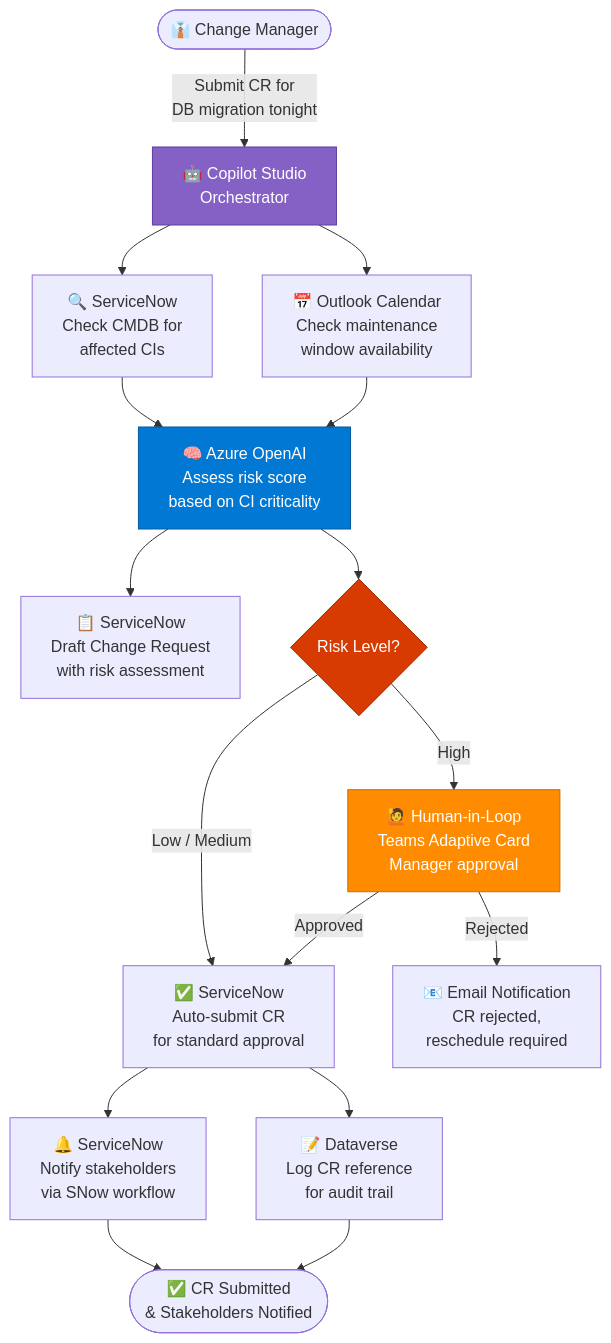
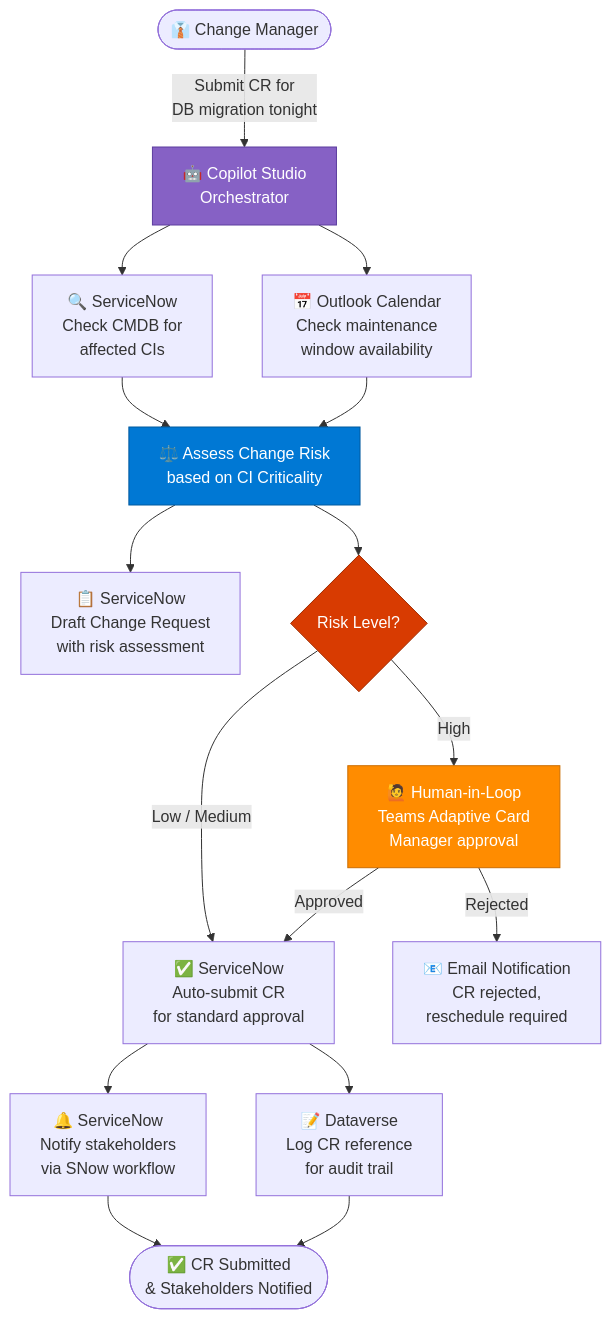
One commit to microsoft/ai-agent-runbooks changed the fifth of 8 diagrams in 02-patterns/Agentic Workflow Orchestration.md. Above: the diagram before and after it, drawn with Mermaid. The commit also changed other lines of this file, not shown here.

````diff
--- a/02-patterns/Agentic Workflow Orchestration.md
+++ b/02-patterns/Agentic Workflow Orchestration.md
@@ -388,30 +388,30 @@
 ```mermaid
 flowchart TD
     CM([👔 Change Manager]) -->|"Submit CR for\nDB migration tonight"| ORC[🤖 Copilot Studio\nOrchestrator]
 
     ORC --> SN1[🔍 ServiceNow\nCheck CMDB for\naffected CIs]
     ORC --> CAL[📅 Outlook Calendar\nCheck maintenance\nwindow availability]
 
-    SN1 --> RISK[🧠 Azure OpenAI\nAssess risk score\nbased on CI criticality]
+    SN1 --> RISK[⚖️ Assess Change Risk\nbased on CI Criticality]
     CAL --> RISK
 
     RISK --> SN2[📋 ServiceNow\nDraft Change Request\nwith risk assessment]
     RISK --> APPR{Risk Level?}
 
     APPR -->|Low / Medium| SN3[✅ ServiceNow\nAuto-submit CR\nfor standard approval]
     APPR -->|High| HITL[🙋 Human-in-Loop\nTeams Adaptive Card\nManager approval]
 
     HITL -->|Approved| SN3
     HITL -->|Rejected| NOTIFY[📧 Email Notification\nCR rejected,\nreschedule required]
 
     SN3 --> SN4[🔔 ServiceNow\nNotify stakeholders\nvia SNow workflow]
     SN3 --> LOG[📝 Dataverse\nLog CR reference\nfor audit trail]
 
     SN4 --> DONE([✅ CR Submitted\n& Stakeholders Notified])
     LOG --> DONE
 
     style ORC fill:#8661c5,color:#fff,stroke:#5c3d9e
     style RISK fill:#0078d4,color:#fff,stroke:#005a9e
     style APPR fill:#d83b01,color:#fff,stroke:#a02b01
     style HITL fill:#ff8c00,color:#fff,stroke:#cc6d00
 ```
````
